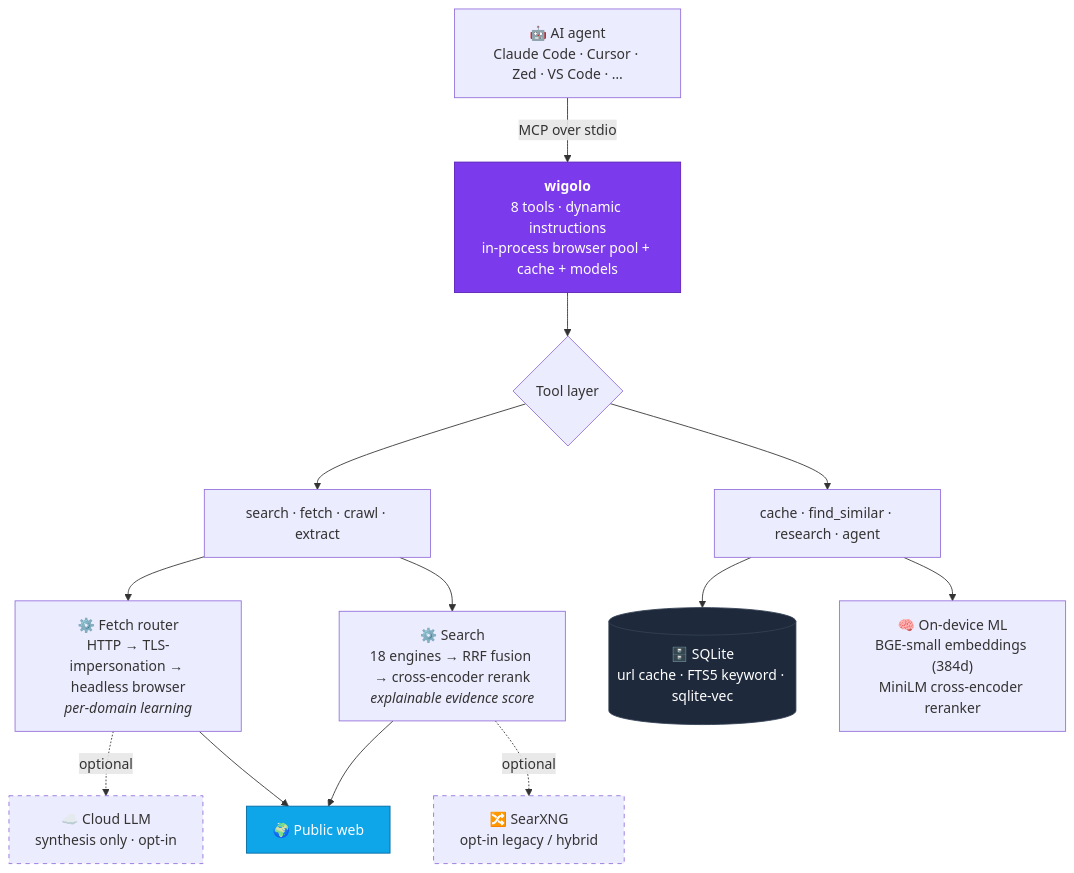
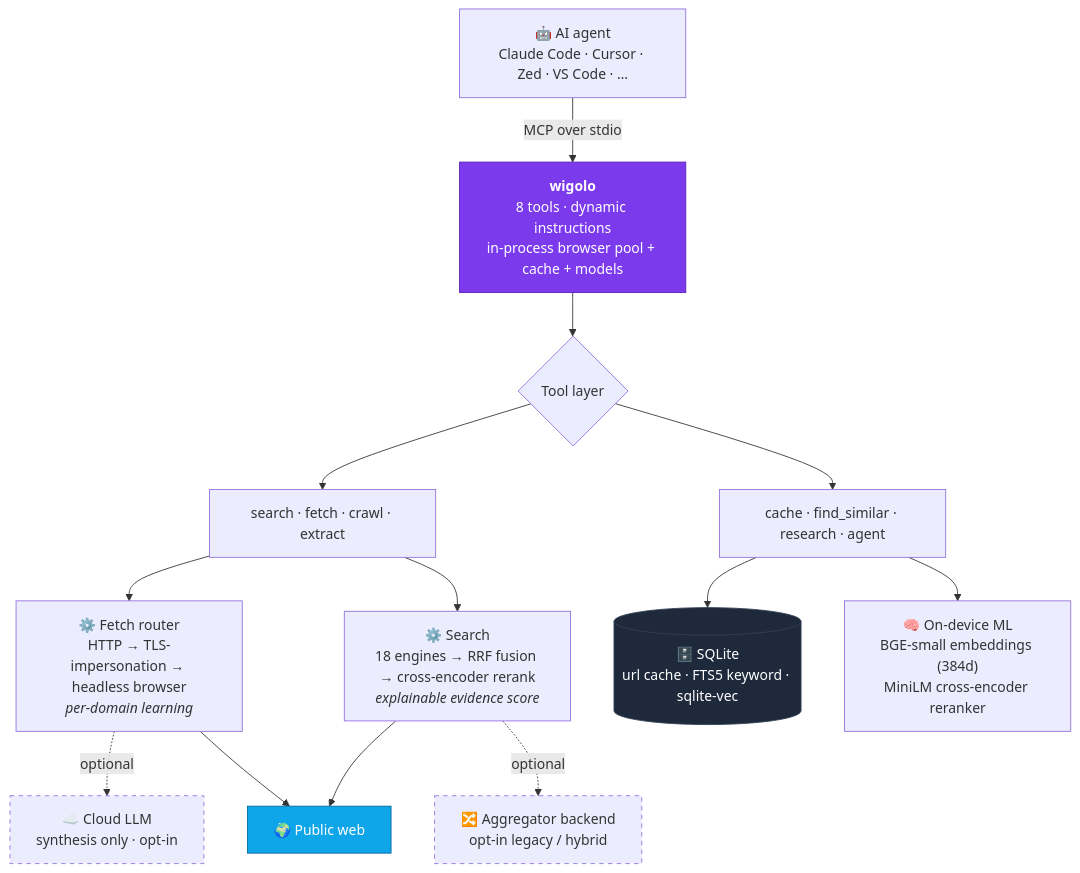
One commit to KnockOutEZ/wigolo changed the diagram in README.md. Above: the diagram before and after it, drawn with Mermaid. The commit also changed other lines of this file, not shown here.

````diff
--- a/README.md
+++ b/README.md
@@ -103,26 +105,26 @@
 ```mermaid
 flowchart TD
     A["🤖 AI agent<br/>Claude Code · Cursor · Zed · VS Code · …"]
     A -->|MCP over stdio| B["<b>wigolo</b><br/>8 tools · dynamic instructions<br/>in-process browser pool + cache + models"]
 
     B --> C{"Tool layer"}
     C --> T1["search · fetch · crawl · extract"]
     C --> T2["cache · find_similar · research · agent"]
 
     T1 --> F["⚙️ Fetch router<br/>HTTP → TLS-impersonation → headless browser<br/><i>per-domain learning</i>"]
     T1 --> S["⚙️ Search<br/>18 engines → RRF fusion → cross-encoder rerank<br/><i>explainable evidence score</i>"]
     T2 --> DB[("🗄️ SQLite<br/>url cache · FTS5 keyword · sqlite-vec")]
     T2 --> ML["🧠 On-device ML<br/>BGE-small embeddings (384d)<br/>MiniLM cross-encoder reranker"]
 
     F -.->|optional| LLM["☁️ Cloud LLM<br/>synthesis only · opt-in"]
-    S -.->|optional| SX["🔀 SearXNG<br/>opt-in legacy / hybrid"]
+    S -.->|optional| SX["🔀 Aggregator backend<br/>opt-in legacy / hybrid"]
 
     F --> WEB["🌍 Public web"]
     S --> WEB
 
     style B fill:#7c3aed,stroke:#5b21b6,color:#fff
     style WEB fill:#0ea5e9,stroke:#0369a1,color:#fff
     style DB fill:#1e293b,stroke:#334155,color:#fff
     style LLM stroke-dasharray: 5 5
     style SX stroke-dasharray: 5 5
 ```
````
